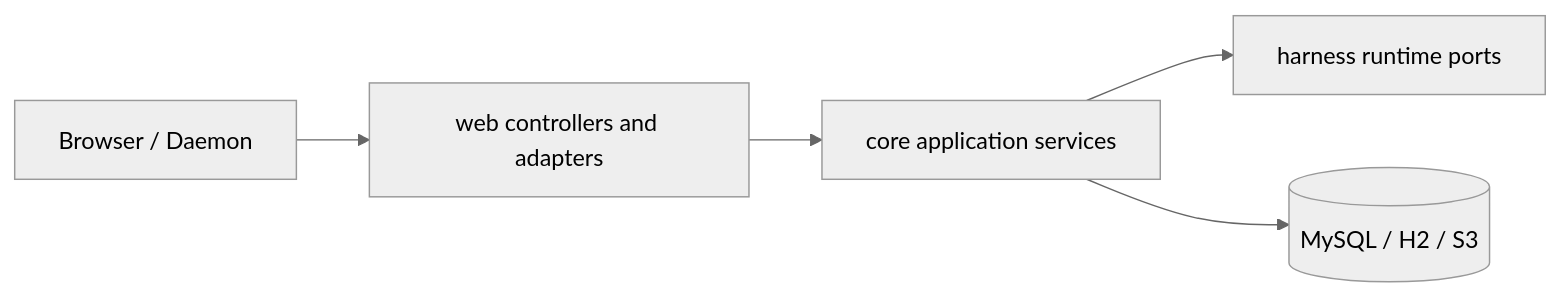
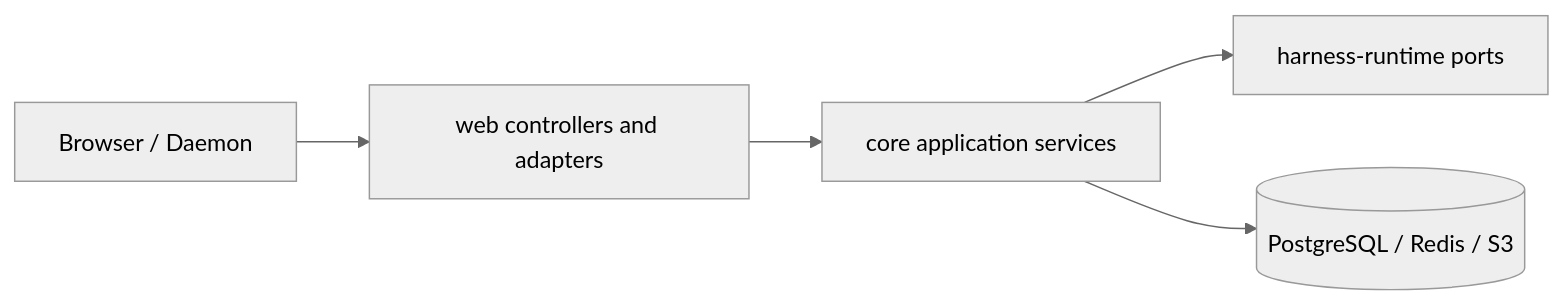
The diagram in docs/technical-solution/backend-implementation-design.md (fengwk/kk-studio), drawn with Mermaid (neutral theme) before and after one commit. The commit also changed other lines of this file and 27 other files, not shown here.

Commit message:
docs(harness): align architecture and rebuild workflow

````diff
--- a/docs/technical-solution/backend-implementation-design.md
+++ b/docs/technical-solution/backend-implementation-design.md
@@ -7,11 +7,11 @@
 ```mermaid
 flowchart LR
     Client[Browser / Daemon]
     Web[web controllers and adapters]
     Core[core application services]
-    Runtime[harness runtime ports]
-    Store[(MySQL / H2 / S3)]
+    Runtime[harness-runtime ports]
+    Store[(PostgreSQL / Redis / S3)]
 
     Client --> Web --> Core --> Runtime
     Core --> Store
 ```
````
